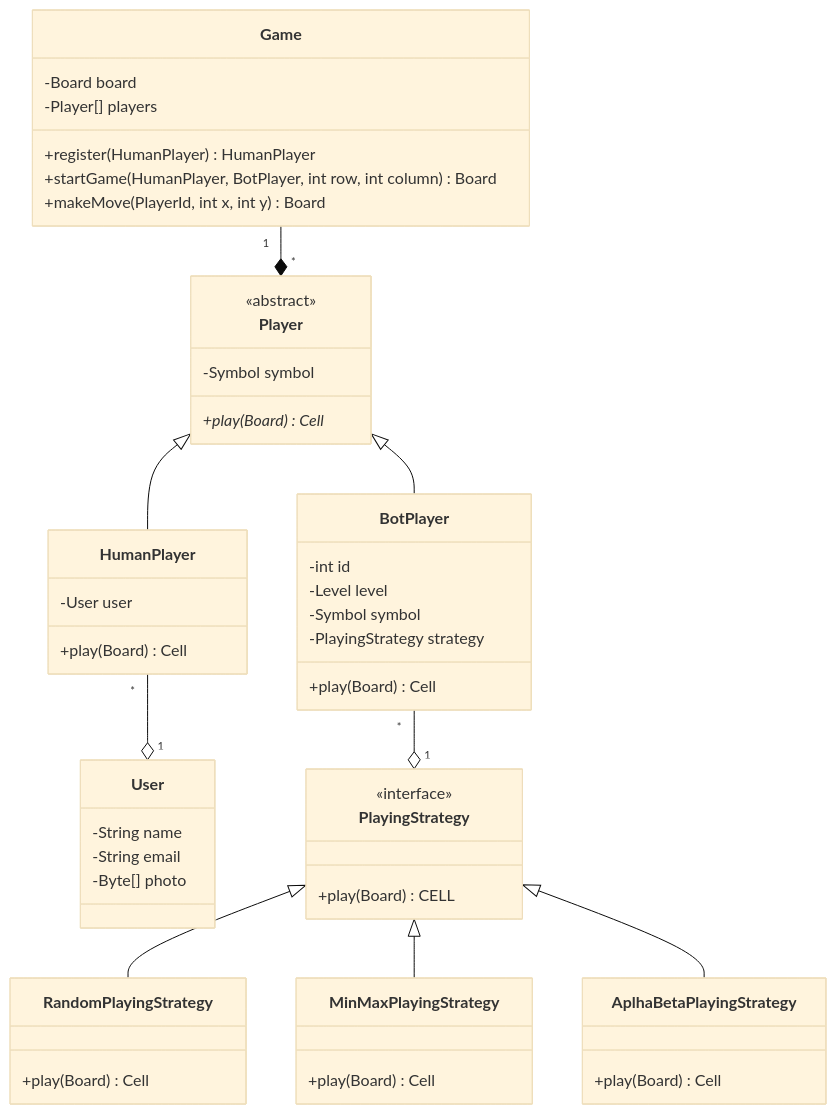
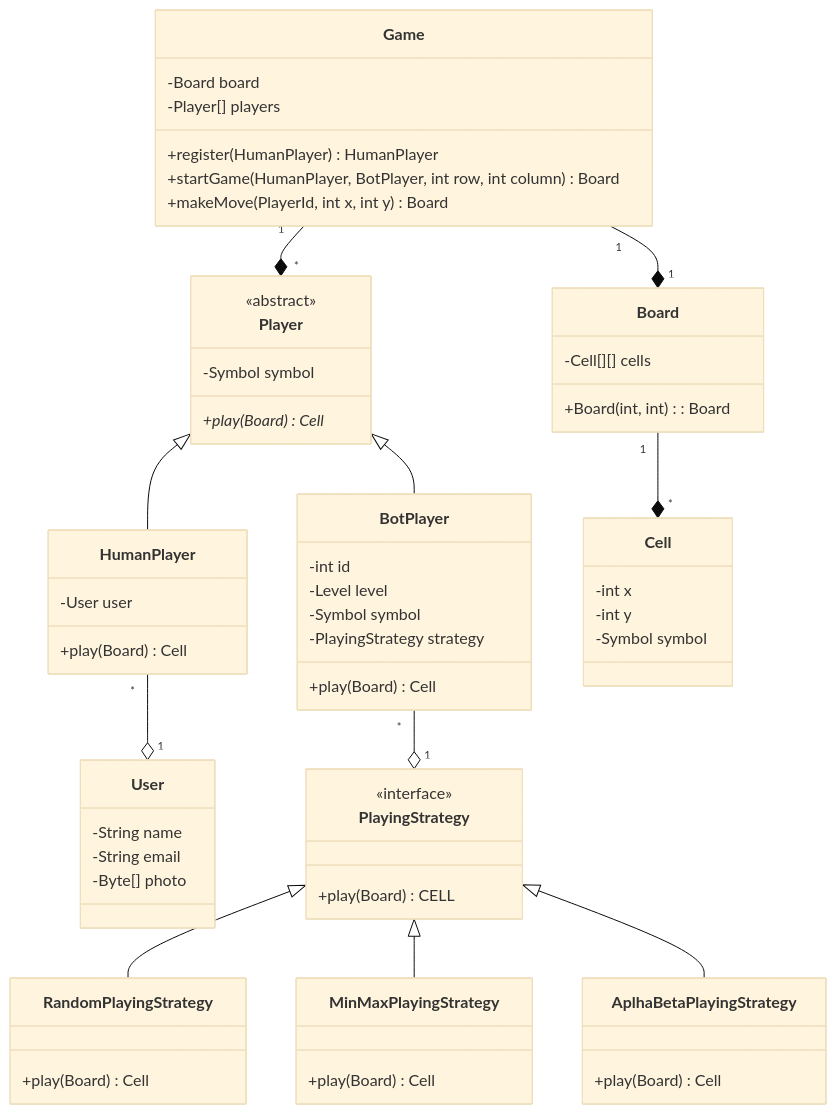
One commit to asku3000/Design-Diagrams changed the sixth of 6 diagrams in TicTacToe/TicTacToeDesignDiagram.md. Above: the diagram before and after it, drawn with Mermaid (base theme). The commit also changed 10 other files, not shown here.

Commit message:
final TicTacToeDesignDiagram

````diff
--- a/TicTacToe/TicTacToeDesignDiagram.md
+++ b/TicTacToe/TicTacToeDesignDiagram.md
@@ -273,64 +273,77 @@
 ```mermaid
 classDiagram
 
     class Game{
         -Board board
         -Player[] players
         +register(HumanPlayer) HumanPlayer
         +startGame(HumanPlayer, BotPlayer, int row, int column) Board
         +makeMove(PlayerId, int x, int y) Board
     }
 
     class Player {
         <<abstract>>
         -Symbol symbol
         +play(Board)* Cell
     }
 
     class User{
         -String name
         -String email
         -Byte[] photo
     }
     class HumanPlayer{
         -User user
         +play(Board) Cell
     }
 
     class BotPlayer{
         -int id
         -Level level
         -Symbol symbol
         -PlayingStrategy strategy
         +play(Board) Cell
     }
 
     class PlayingStrategy {
         <<interface>>
         +play(Board) CELL
     }
 
     class RandomPlayingStrategy {
         +play(Board) Cell
     }
 
     class MinMaxPlayingStrategy {
         +play(Board) Cell
     }
 
     class AplhaBetaPlayingStrategy {
         +play(Board) Cell
     }
 
+    class Board{
+        -Cell[][] cells
+        +Board(int, int): Board
+    }
+
+    class Cell{
+        -int x
+        -int y
+        -Symbol symbol
+    }
+
     PlayingStrategy <|-- RandomPlayingStrategy
     PlayingStrategy <|-- MinMaxPlayingStrategy
     PlayingStrategy <|-- AplhaBetaPlayingStrategy
 
     BotPlayer "*" --o "1" PlayingStrategy
 
     Player <|-- HumanPlayer
     Player <|-- BotPlayer
     Game "1"--*"*" Player
     HumanPlayer "*" --o "1" User
+     Game "1" --* "1" Board
+    Board "1" --* "*" Cell
 
 ```
````
